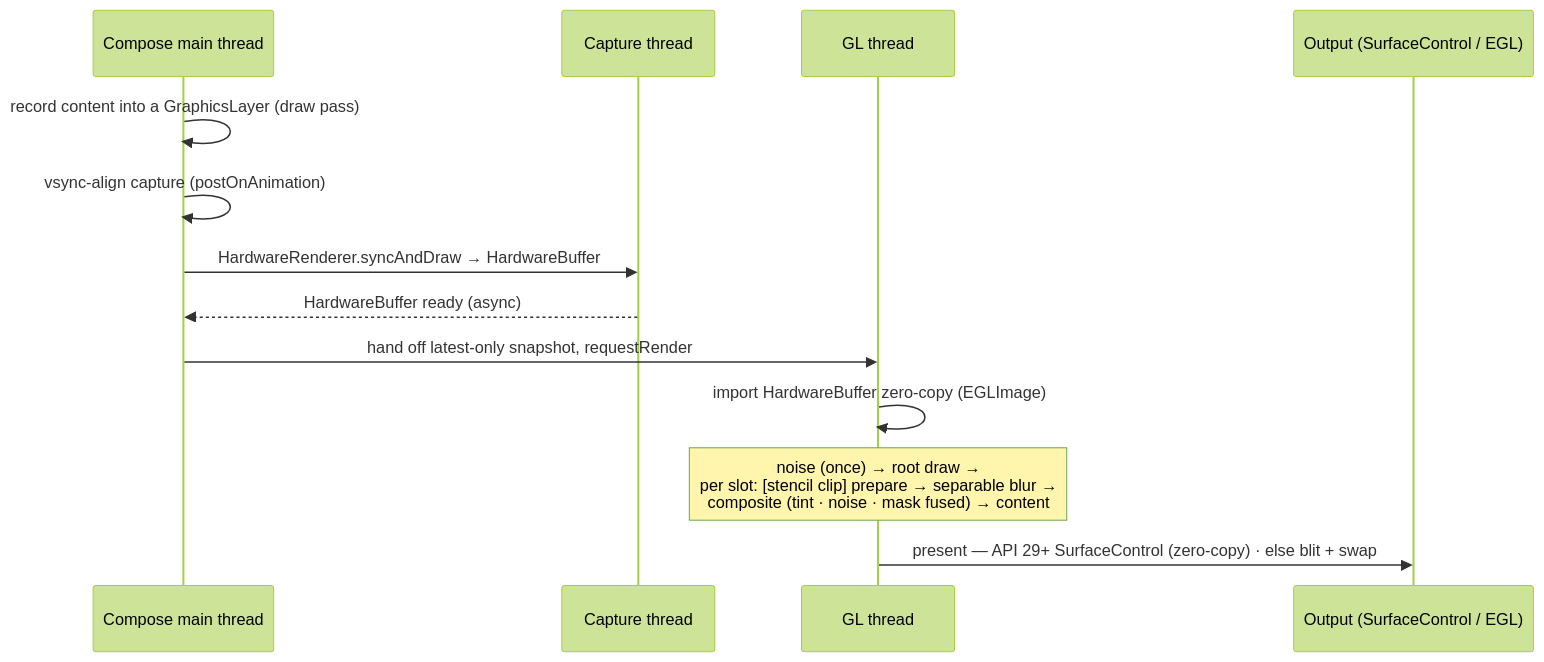
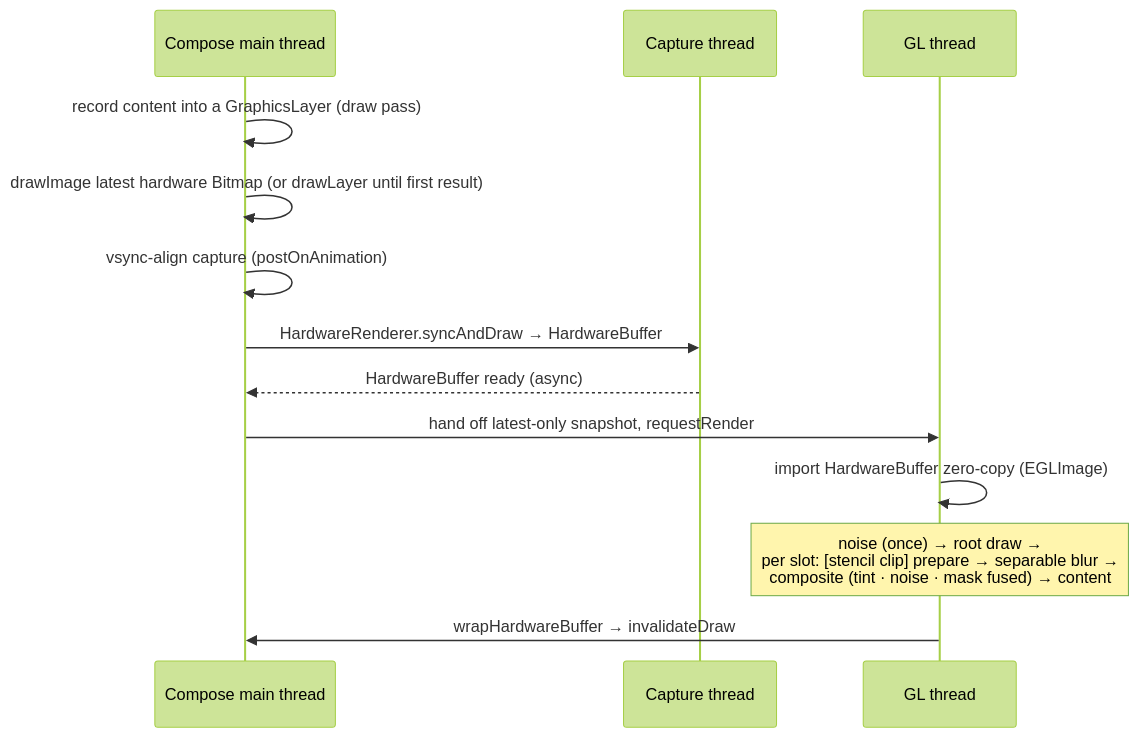
One commit to desugar-64/imla changed the second of 2 diagrams in README.md. Above: the diagram before and after it, drawn with Mermaid (forest theme). The commit also changed other lines of this file and 28 other files, not shown here.

First line of the commit message:
feat: present each effect layer as a hardware bitmap

````diff
--- a/README.md
+++ b/README.md
@@ -134,15 +129,15 @@
 ```mermaid
 sequenceDiagram
     participant UI as Compose main thread
     participant CAP as Capture thread
     participant GL as GL thread
-    participant OUT as Output (SurfaceControl / EGL)
     UI->>UI: record content into a GraphicsLayer (draw pass)
+    UI->>UI: drawImage latest hardware Bitmap (or drawLayer until first result)
     UI->>UI: vsync-align capture (postOnAnimation)
     UI->>CAP: HardwareRenderer.syncAndDraw → HardwareBuffer
     CAP-->>UI: HardwareBuffer ready (async)
     UI->>GL: hand off latest-only snapshot, requestRender
     GL->>GL: import HardwareBuffer zero-copy (EGLImage)
     Note over GL: noise (once) → root draw →<br/>per slot: [stencil clip] prepare → separable blur →<br/>composite (tint · noise · mask fused) → content
-    GL->>OUT: present — API 29+ SurfaceControl (zero-copy) · else blit + swap
+    GL->>UI: wrapHardwareBuffer → invalidateDraw
 ```
````
